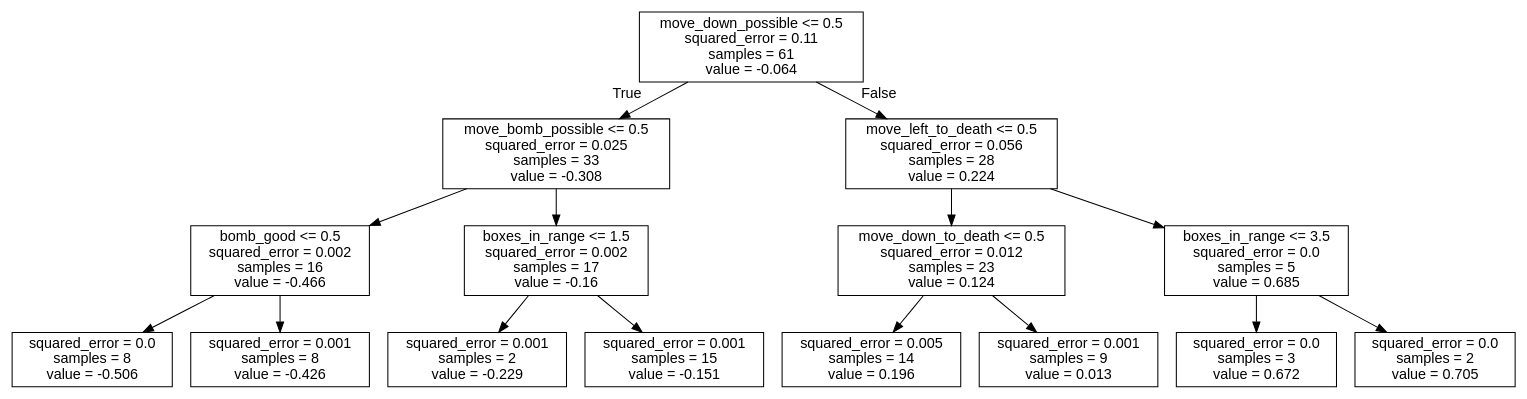
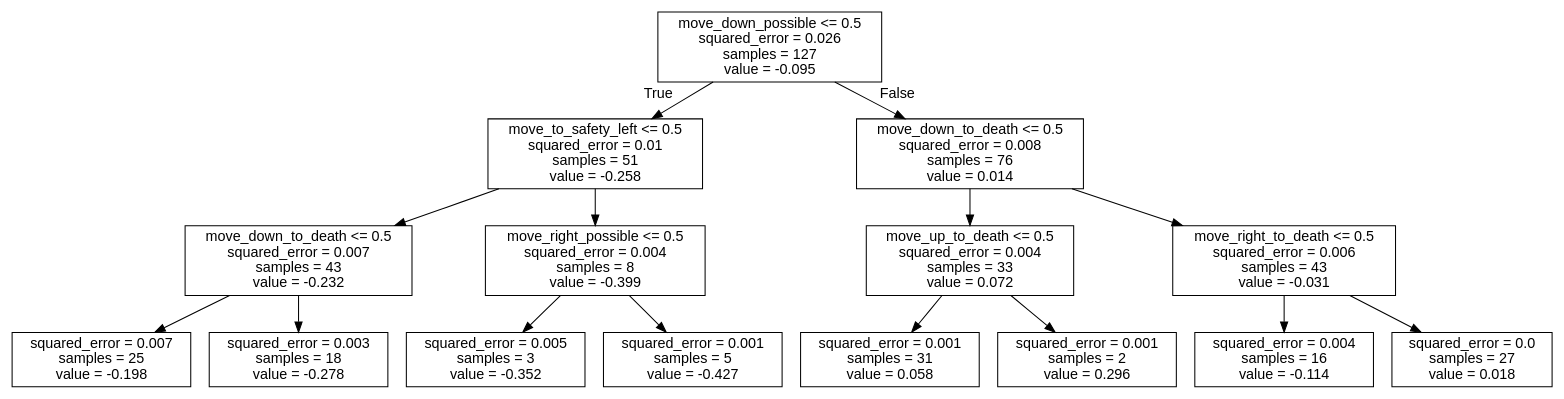
One commit to J-Gann/FML changed the diagram in bomberman_rl/agent_code/my_agent/trees/DOWN.dot. Above: the diagram before and after it, drawn with Graphviz. The commit also changed 11 other files, not shown here.

```diff
--- a/bomberman_rl/agent_code/my_agent/trees/DOWN.dot
+++ b/bomberman_rl/agent_code/my_agent/trees/DOWN.dot
@@ -1,33 +1,33 @@
 digraph Tree {
 node [shape=box, fontname="helvetica"] ;
 edge [fontname="helvetica"] ;
-0 [label="move_down_possible <= 0.5\nsquared_error = 0.11\nsamples = 61\nvalue = -0.064"] ;
-1 [label="move_bomb_possible <= 0.5\nsquared_error = 0.025\nsamples = 33\nvalue = -0.308"] ;
+0 [label="move_down_possible <= 0.5\nsquared_error = 0.026\nsamples = 127\nvalue = -0.095"] ;
+1 [label="move_to_safety_left <= 0.5\nsquared_error = 0.01\nsamples = 51\nvalue = -0.258"] ;
 0 -> 1 [labeldistance=2.5, labelangle=45, headlabel="True"] ;
-2 [label="bomb_good <= 0.5\nsquared_error = 0.002\nsamples = 16\nvalue = -0.466"] ;
+2 [label="move_down_to_death <= 0.5\nsquared_error = 0.007\nsamples = 43\nvalue = -0.232"] ;
 1 -> 2 ;
-3 [label="squared_error = 0.0\nsamples = 8\nvalue = -0.506"] ;
+3 [label="squared_error = 0.007\nsamples = 25\nvalue = -0.198"] ;
 2 -> 3 ;
-4 [label="squared_error = 0.001\nsamples = 8\nvalue = -0.426"] ;
+4 [label="squared_error = 0.003\nsamples = 18\nvalue = -0.278"] ;
 2 -> 4 ;
-5 [label="boxes_in_range <= 1.5\nsquared_error = 0.002\nsamples = 17\nvalue = -0.16"] ;
+5 [label="move_right_possible <= 0.5\nsquared_error = 0.004\nsamples = 8\nvalue = -0.399"] ;
 1 -> 5 ;
-6 [label="squared_error = 0.001\nsamples = 2\nvalue = -0.229"] ;
+6 [label="squared_error = 0.005\nsamples = 3\nvalue = -0.352"] ;
 5 -> 6 ;
-7 [label="squared_error = 0.001\nsamples = 15\nvalue = -0.151"] ;
+7 [label="squared_error = 0.001\nsamples = 5\nvalue = -0.427"] ;
 5 -> 7 ;
-8 [label="move_left_to_death <= 0.5\nsquared_error = 0.056\nsamples = 28\nvalue = 0.224"] ;
+8 [label="move_down_to_death <= 0.5\nsquared_error = 0.008\nsamples = 76\nvalue = 0.014"] ;
 0 -> 8 [labeldistance=2.5, labelangle=-45, headlabel="False"] ;
-9 [label="move_down_to_death <= 0.5\nsquared_error = 0.012\nsamples = 23\nvalue = 0.124"] ;
+9 [label="move_up_to_death <= 0.5\nsquared_error = 0.004\nsamples = 33\nvalue = 0.072"] ;
 8 -> 9 ;
-10 [label="squared_error = 0.005\nsamples = 14\nvalue = 0.196"] ;
+10 [label="squared_error = 0.001\nsamples = 31\nvalue = 0.058"] ;
 9 -> 10 ;
-11 [label="squared_error = 0.001\nsamples = 9\nvalue = 0.013"] ;
+11 [label="squared_error = 0.001\nsamples = 2\nvalue = 0.296"] ;
 9 -> 11 ;
-12 [label="boxes_in_range <= 3.5\nsquared_error = 0.0\nsamples = 5\nvalue = 0.685"] ;
+12 [label="move_right_to_death <= 0.5\nsquared_error = 0.006\nsamples = 43\nvalue = -0.031"] ;
 8 -> 12 ;
-13 [label="squared_error = 0.0\nsamples = 3\nvalue = 0.672"] ;
+13 [label="squared_error = 0.004\nsamples = 16\nvalue = -0.114"] ;
 12 -> 13 ;
-14 [label="squared_error = 0.0\nsamples = 2\nvalue = 0.705"] ;
+14 [label="squared_error = 0.0\nsamples = 27\nvalue = 0.018"] ;
 12 -> 14 ;
 }
```
